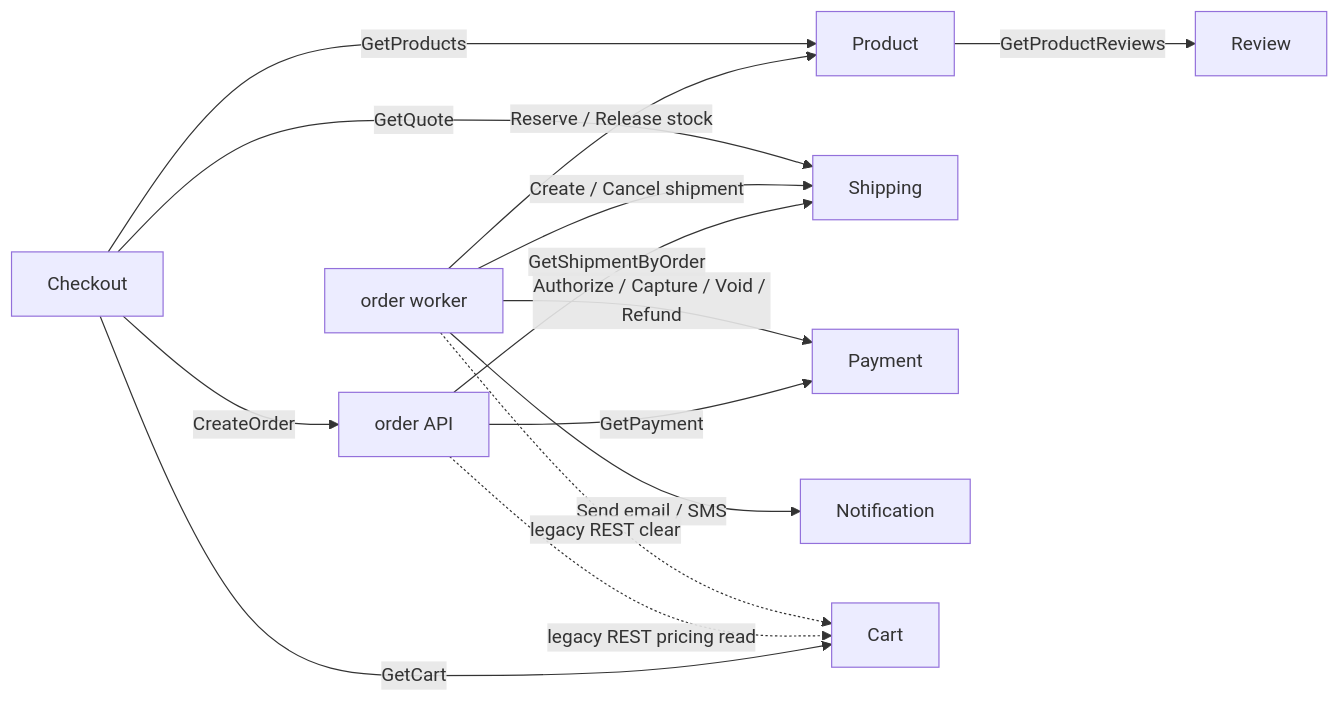
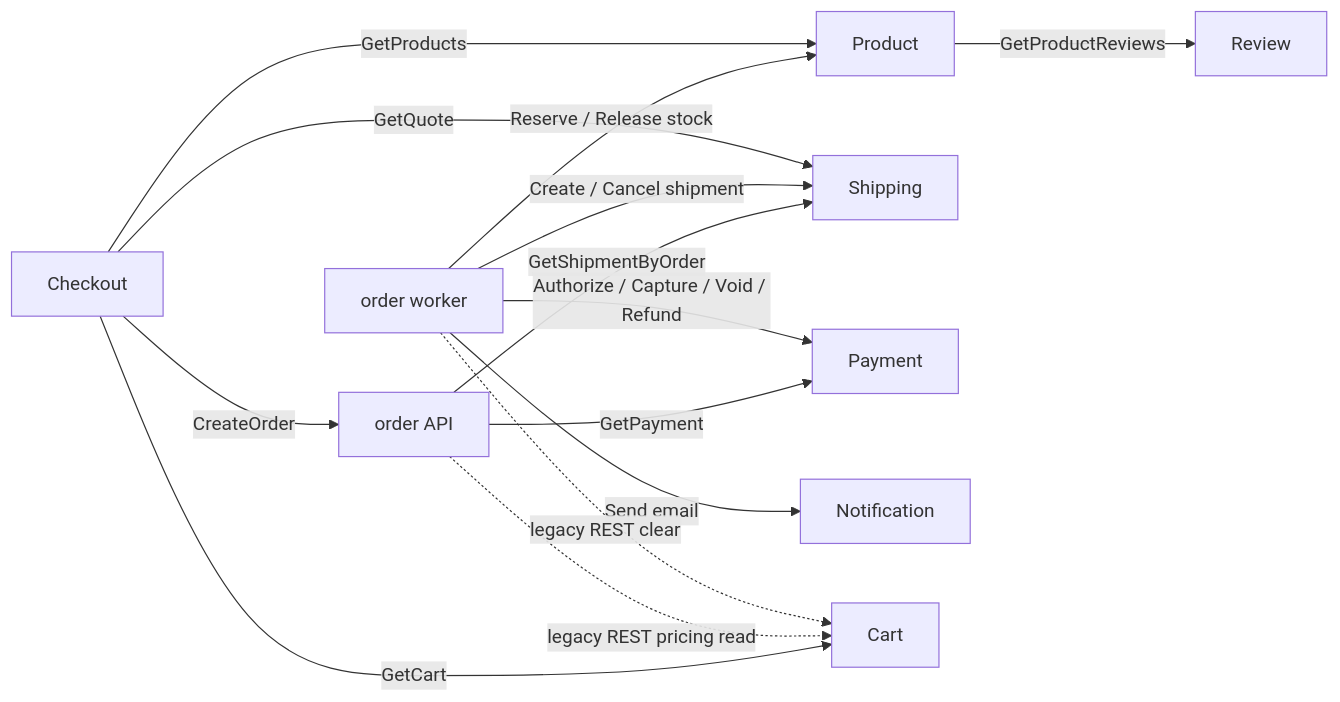
One commit to duynhlab/homelab changed the fourth of 5 diagrams in docs/api/api.md. Above: the diagram before and after it, drawn with Mermaid. The commit also changed other lines of this file and 7 other files, not shown here.

````diff
--- a/docs/api/api.md
+++ b/docs/api/api.md
@@ -287,16 +287,16 @@
 ```mermaid
 flowchart LR
     Product -->|"GetProductReviews"| Review
     OrderAPI["order API"] -->|"GetShipmentByOrder"| Shipping
     OrderAPI -->|"GetPayment"| Payment
     Worker["order worker"] -->|"Reserve / Release stock"| Product
     Worker -->|"Create / Cancel shipment"| Shipping
-    Worker -->|"Send email / SMS"| Notification
+    Worker -->|"Send email"| Notification
     Worker -->|"Authorize / Capture / Void / Refund"| Payment
     Checkout -->|"GetCart"| Cart
     Checkout -->|"GetProducts"| Product
     Checkout -->|"GetQuote"| Shipping
     Checkout -->|"CreateOrder"| OrderAPI
     OrderAPI -.->|"legacy REST pricing read"| Cart
     Worker -.->|"legacy REST clear"| Cart
 ```
````
